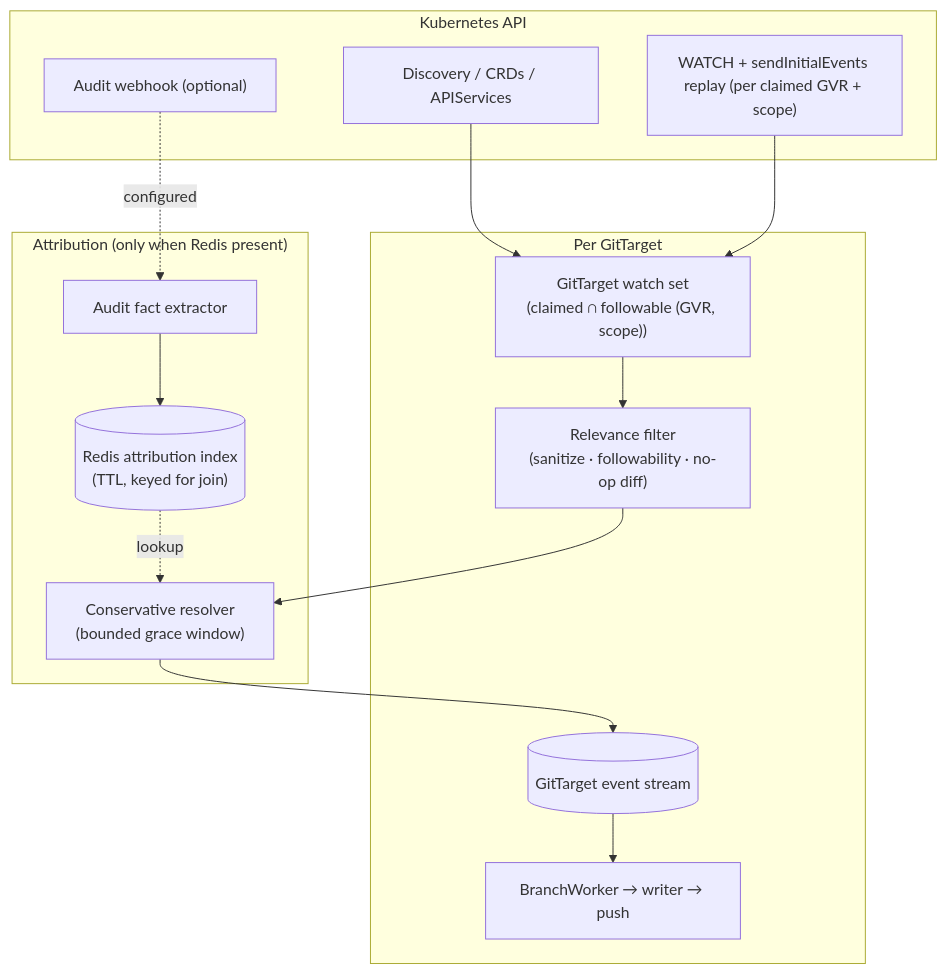
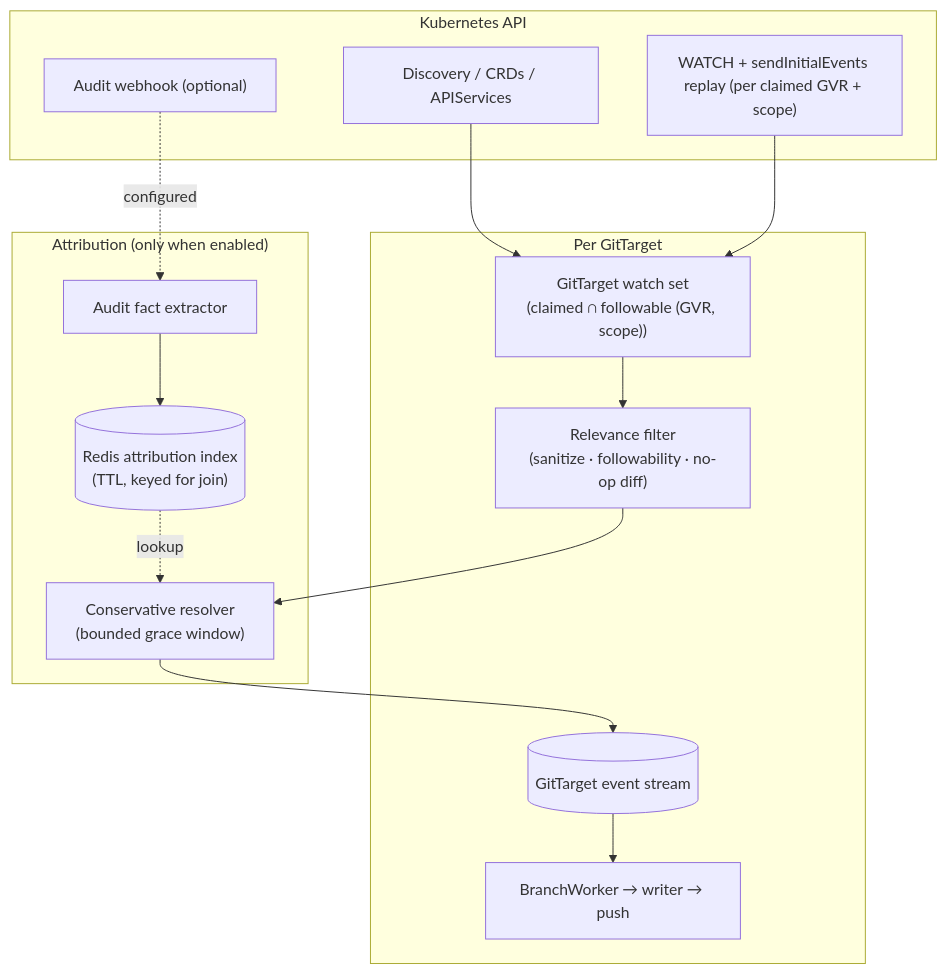
One commit to ConfigButler/gitops-reverser changed the diagram in docs/design/watch-first-ingestion-architecture.md. Above: the diagram before and after it, drawn with Mermaid. The commit also changed other lines of this file and 21 other files, not shown here.

````diff
--- a/docs/design/watch-first-ingestion-architecture.md
+++ b/docs/design/watch-first-ingestion-architecture.md
@@ -104,32 +94,32 @@
 ```mermaid
 flowchart TD
     subgraph K8S["Kubernetes API"]
         DISC["Discovery / CRDs / APIServices"]
         WATCH["WATCH + sendInitialEvents replay (per claimed GVR + scope)"]
         AUDIT["Audit webhook (optional)"]
     end
 
     subgraph PERGT["Per GitTarget"]
         OWN["GitTarget watch set\n(claimed ∩ followable (GVR, scope))"]
         RELEVANCE["Relevance filter\n(sanitize · followability · no-op diff)"]
         ESTREAM[("GitTarget event stream")]
         WORKER["BranchWorker → writer → push"]
     end
 
-    subgraph ATTR["Attribution (only when Redis present)"]
+    subgraph ATTR["Attribution (only when enabled)"]
         AFACTS["Audit fact extractor"]
         AINDEX[("Redis attribution index\n(TTL, keyed for join)")]
         RESOLVE["Conservative resolver\n(bounded grace window)"]
     end
 
     DISC --> OWN
     WATCH --> OWN
     OWN --> RELEVANCE
     RELEVANCE --> RESOLVE
     RESOLVE --> ESTREAM
     ESTREAM --> WORKER
 
     AUDIT -. configured .-> AFACTS
     AFACTS --> AINDEX
     AINDEX -. lookup .-> RESOLVE
 ```
````
